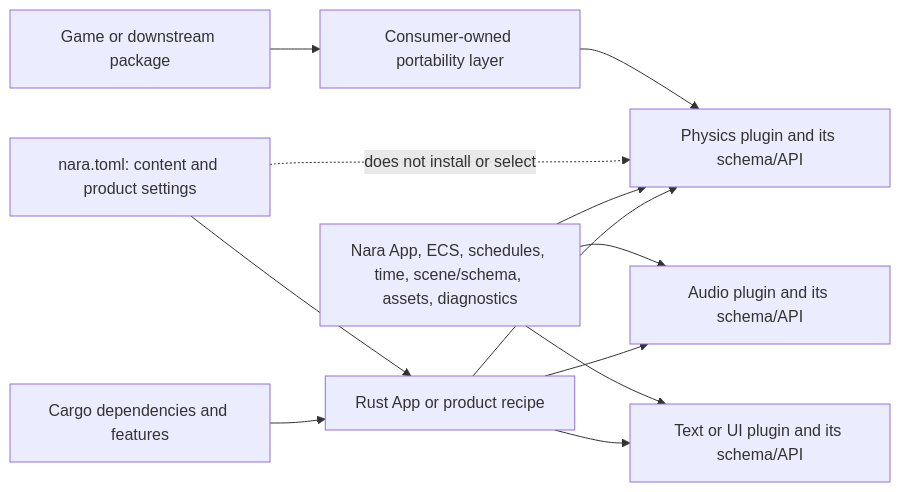
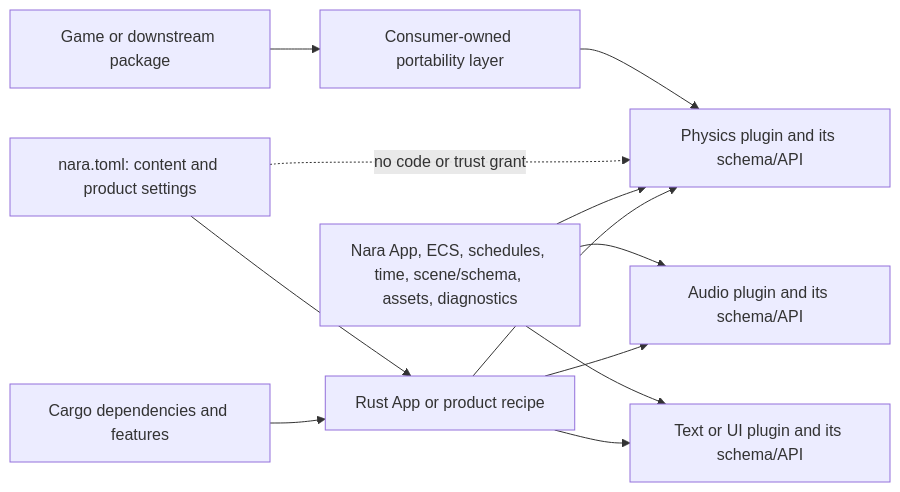
One commit to Latias94/nara changed the diagram in docs/architecture/adr/0095-plugin-owned-specialized-domains-and-project-configuration.md. Above: the diagram before and after it, drawn with Mermaid. The commit also changed other lines of this file and 39 other files, not shown here.

First line of the commit message:
docs(architecture): rebaseline foundation and extension design

````diff
--- a/docs/architecture/adr/0095-plugin-owned-specialized-domains-and-project-configuration.md
+++ b/docs/architecture/adr/0095-plugin-owned-specialized-domains-and-project-configuration.md
@@ -55,14 +56,14 @@
 ```mermaid
 flowchart LR
     Cargo[Cargo dependencies and features] --> Composition[Rust App or product recipe]
     Composition --> Physics[Physics plugin and its schema/API]
     Composition --> Audio[Audio plugin and its schema/API]
     Composition --> Text[Text or UI plugin and its schema/API]
     Substrate[Nara App, ECS, schedules, time, scene/schema, assets, diagnostics] --> Physics
     Substrate --> Audio
     Substrate --> Text
     Project[nara.toml: content and product settings] --> Composition
-    Project -. does not install or select .-> Physics
+    Project -. no code or trust grant .-> Physics
     Consumer[Game or downstream package] --> OptionalSeam[Consumer-owned portability layer]
     OptionalSeam --> Physics
 ```
````
